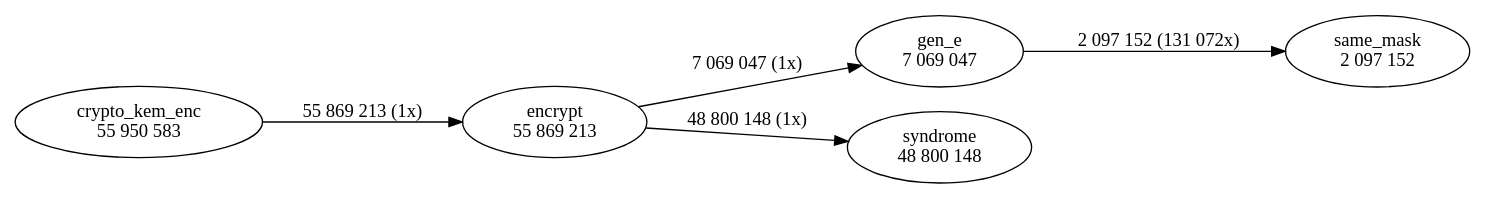
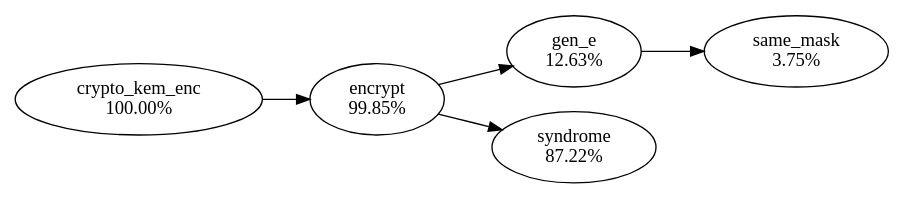
Before and after one commit to profiling-pqc-kem-thesis/data: the diagram in classic-mceliece/hot-paths/8192128/crypto_kem_enc.dot, drawn with Graphviz. The commit also changed 12 other files, not shown here.

```diff
--- a/classic-mceliece/hot-paths/8192128/crypto_kem_enc.dot
+++ b/classic-mceliece/hot-paths/8192128/crypto_kem_enc.dot
@@ -1,12 +1,12 @@
 digraph "callgraph" {
   rankdir=LR;
-  F556254a595b0 [label="crypto_kem_enc\n55 950 583"];
-  F556254a74c60 [label="encrypt\n55 869 213"];
-  F556254abd1c0 [label="gen_e\n7 069 047"];
-  F556254abd6b0 [label="syndrome\n48 800 148"];
-  F556254abdf30 [label="same_mask\n2 097 152"];
-  F556254a595b0 -> F556254a74c60 [weight=2,label="55 869 213 (1x)"];
-  F556254a74c60 -> F556254abd1c0 [weight=2,label="7 069 047 (1x)"];
-  F556254a74c60 -> F556254abd6b0 [weight=2,label="48 800 148 (1x)"];
-  F556254abd1c0 -> F556254abdf30 [weight=2,label="2 097 152 (131 072x)"];
+  F556254a595b0 [label="crypto_kem_enc\n100.00%"];
+  F556254a74c60 [label="encrypt\n99.85%"];
+  F556254abd1c0 [label="gen_e\n12.63%"];
+  F556254abd6b0 [label="syndrome\n87.22%"];
+  F556254abdf30 [label="same_mask\n3.75%"];
+  F556254a595b0 -> F556254a74c60
+  F556254a74c60 -> F556254abd1c0
+  F556254a74c60 -> F556254abd6b0
+  F556254abd1c0 -> F556254abdf30
 }
```
